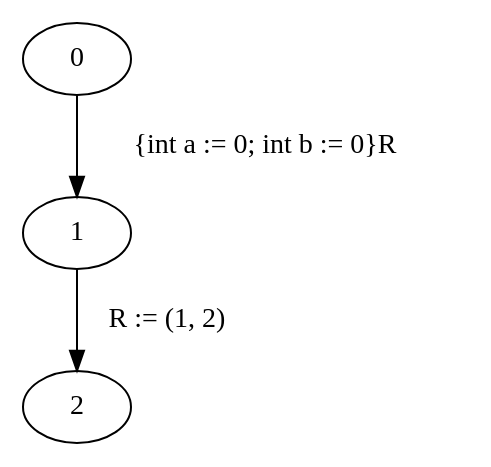
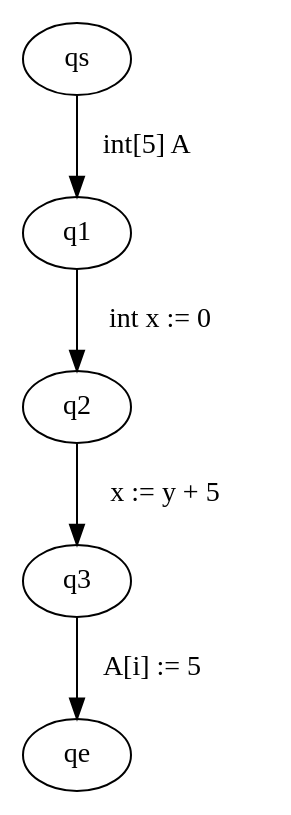
Before and after one commit to FloKes/ProgramAnalysis: the diagram in src/main/java/graphviz/input.dot, drawn with Graphviz. The commit also changed 11 other files, not shown here.

```diff
--- a/src/main/java/graphviz/input.dot
+++ b/src/main/java/graphviz/input.dot
@@ -1,4 +1,6 @@
 digraph ProgramGraph{
-"0" -> "1" [label="  {int a := 0; int b := 0}R   "] 
-"1" -> "2" [label="  R := (1, 2)   "] 
+"qs" -> "q1" [label="  int[5] A   "] 
+"q1" -> "q2" [label="  int x := 0   "] 
+"q2" -> "q3" [label="  x := y + 5   "] 
+"q3" -> "qe" [label="  A[i] := 5   "] 
 }
```
